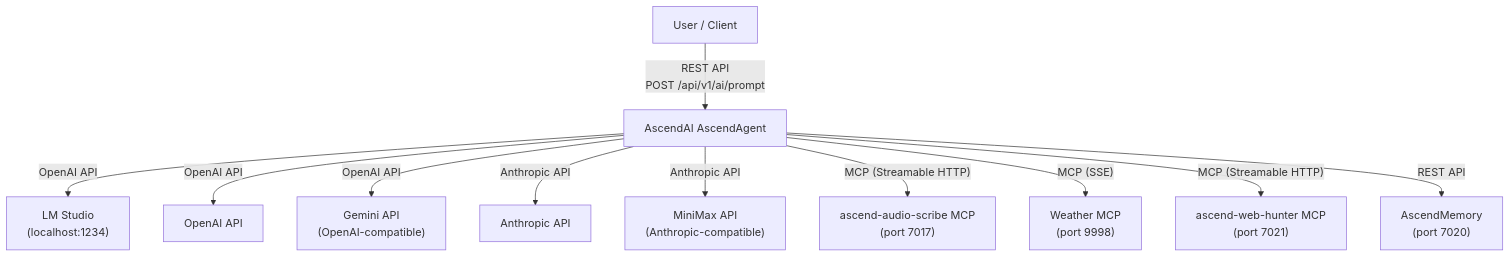
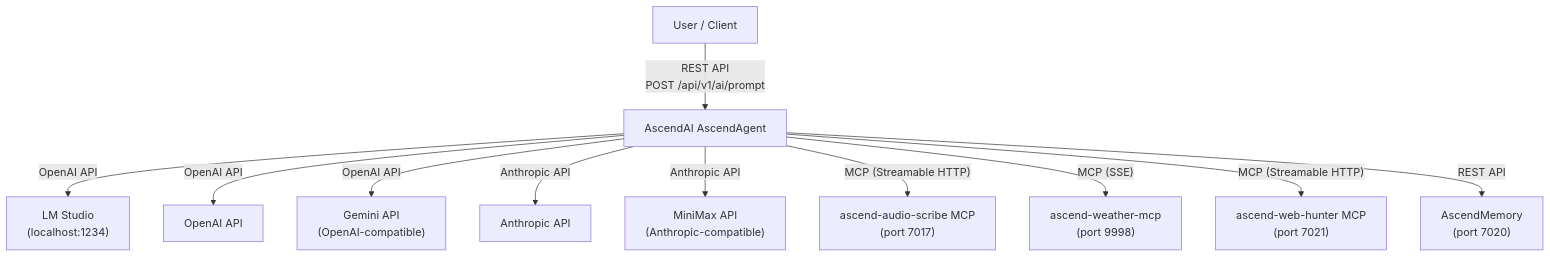
Before and after one commit to Lukk17/AscendAI: the diagram in AscendAgent/docs/architecture/arc42/03-context-and-scope.md, drawn with Mermaid. The commit also changed 446 other files, not shown here.

````diff
--- a/AscendAgent/docs/architecture/arc42/03-context-and-scope.md
+++ b/AscendAgent/docs/architecture/arc42/03-context-and-scope.md
@@ -7,25 +7,25 @@
 ```mermaid
 graph TB
     User["User / Client"]
     AscendAgent["AscendAI AscendAgent"]
     LMStudio["LM Studio<br/>(localhost:1234)"]
     OpenAI["OpenAI API"]
     Gemini["Gemini API<br/>(OpenAI-compatible)"]
     Anthropic["Anthropic API"]
     MiniMax["MiniMax API<br/>(Anthropic-compatible)"]
     AudioScribe["ascend-audio-scribe MCP<br/>(port 7017)"]
-    Weather["Weather MCP<br/>(port 9998)"]
+    Weather["ascend-weather-mcp<br/>(port 9998)"]
     WebHunter["ascend-web-hunter MCP<br/>(port 7021)"]
     Memory["AscendMemory<br/>(port 7020)"]
 
     User -->|"REST API<br/>POST /api/v1/ai/prompt"| AscendAgent
     AscendAgent -->|"OpenAI API"| LMStudio
     AscendAgent -->|"OpenAI API"| OpenAI
     AscendAgent -->|"OpenAI API"| Gemini
     AscendAgent -->|"Anthropic API"| Anthropic
     AscendAgent -->|"Anthropic API"| MiniMax
     AscendAgent -->|"MCP (Streamable HTTP)"| AudioScribe
     AscendAgent -->|"MCP (SSE)"| Weather
     AscendAgent -->|"MCP (Streamable HTTP)"| WebHunter
     AscendAgent -->|"REST API"| Memory
 ```
````
